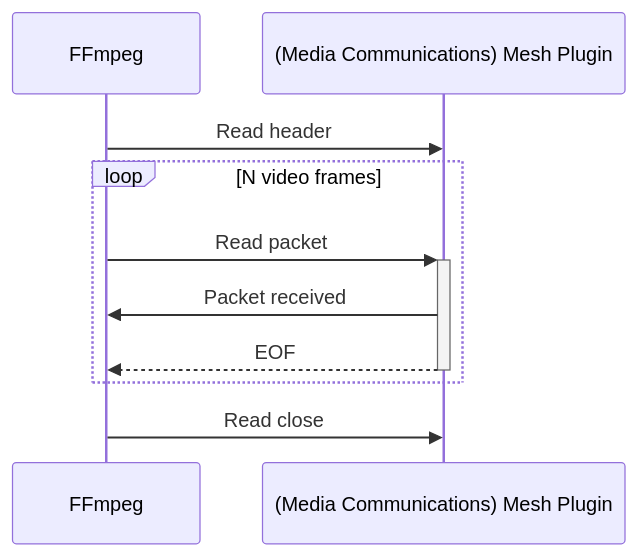
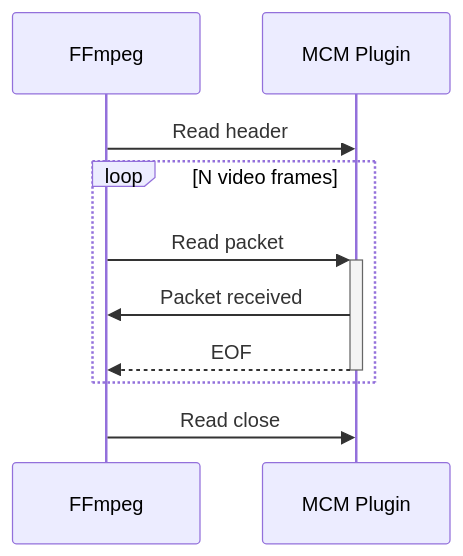
One commit to OpenVisualCloud/Media-Communications-Mesh changed the first of 4 diagrams in ffmpeg-plugin/RX_FLOW.md. Above: the diagram before and after it, drawn with Mermaid. The commit also changed other lines of this file and 5 other files, not shown here.

````diff
--- a/ffmpeg-plugin/RX_FLOW.md
+++ b/ffmpeg-plugin/RX_FLOW.md
@@ -7,13 +7,13 @@
 ```mermaid
 sequenceDiagram
    participant ffmpeg as FFmpeg
-   participant mux as (Media Communications) Mesh Plugin
+   participant mux as MCM Plugin
 
    ffmpeg ->> mux: Read header
    loop N video frames
    ffmpeg ->>+ mux: Read packet
    mux ->> ffmpeg: Packet received
    mux -->>- ffmpeg: EOF
    end
    ffmpeg ->> mux: Read close
 ```
````
